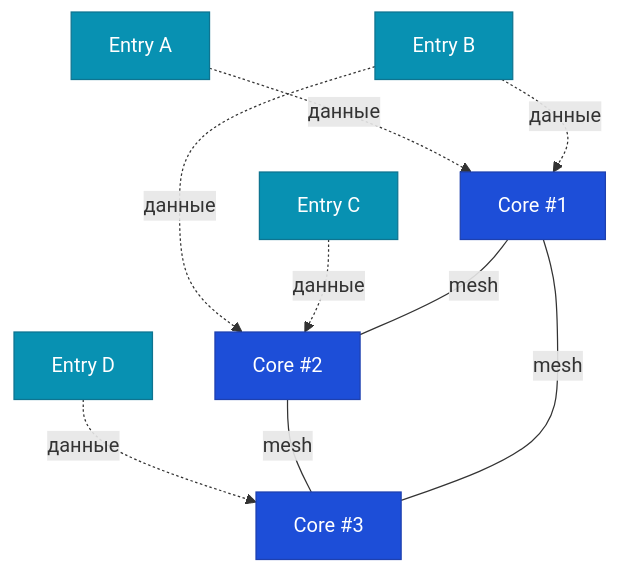
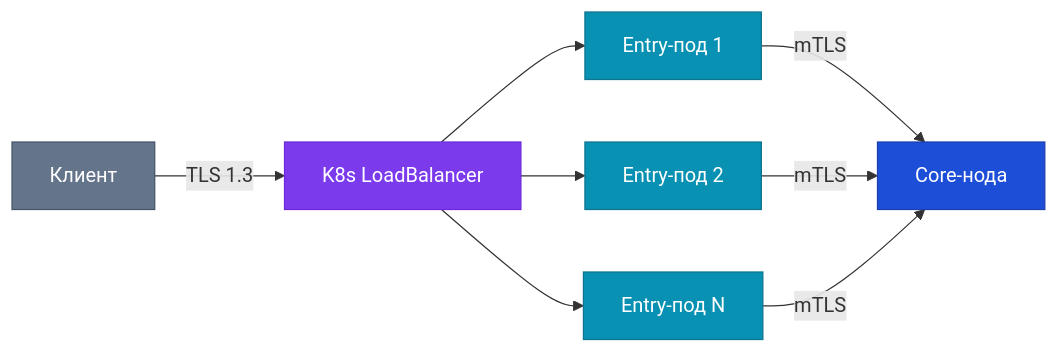
Before and after one commit to SigilGate/SigilGate.github.io: the diagram in content/docs/nodes/entry.md, drawn with Mermaid. The commit also changed other lines of this file and 27 other files, not shown here.

```diff
--- a/content/docs/nodes/entry.md
+++ b/content/docs/nodes/entry.md
@@ -103,29 +15,24 @@
 {{< mermaid >}}
-graph TD
-    Core1["Core #1"]
-    Core2["Core #2"]
-    Core3["Core #3"]
+graph LR
+    Client["Клиент"]
+    LB["K8s LoadBalancer"]
+    E1["Entry-под 1"]
+    E2["Entry-под 2"]
+    E3["Entry-под N"]
+    Core["Core-нода"]
 
-    E1["Entry A"]
-    E2["Entry B"]
-    E3["Entry C"]
-    E4["Entry D"]
+    Client -->|"TLS 1.3"| LB
+    LB --> E1
+    LB --> E2
+    LB --> E3
+    E1 -->|"mTLS"| Core
+    E2 -->|"mTLS"| Core
+    E3 -->|"mTLS"| Core
 
-    E1 -.->|"данные"| Core1
-    E2 -.->|"данные"| Core1
-    E2 -.->|"данные"| Core2
-    E3 -.->|"данные"| Core2
-    E4 -.->|"данные"| Core3
-
-    Core1 ---|"mesh"| Core2
-    Core2 ---|"mesh"| Core3
-    Core1 ---|"mesh"| Core3
-
-    style Core1 fill:#1d4ed8,color:#fff,stroke:#1e40af
-    style Core2 fill:#1d4ed8,color:#fff,stroke:#1e40af
-    style Core3 fill:#1d4ed8,color:#fff,stroke:#1e40af
+    style LB fill:#7c3aed,color:#fff,stroke:#6d28d9
     style E1 fill:#0891b2,color:#fff,stroke:#0e7490
     style E2 fill:#0891b2,color:#fff,stroke:#0e7490
     style E3 fill:#0891b2,color:#fff,stroke:#0e7490
-    style E4 fill:#0891b2,color:#fff,stroke:#0e7490
+    style Client fill:#64748b,color:#fff,stroke:#475569
+    style Core fill:#1d4ed8,color:#fff,stroke:#1e40af
 {{< /mermaid >}}
```
